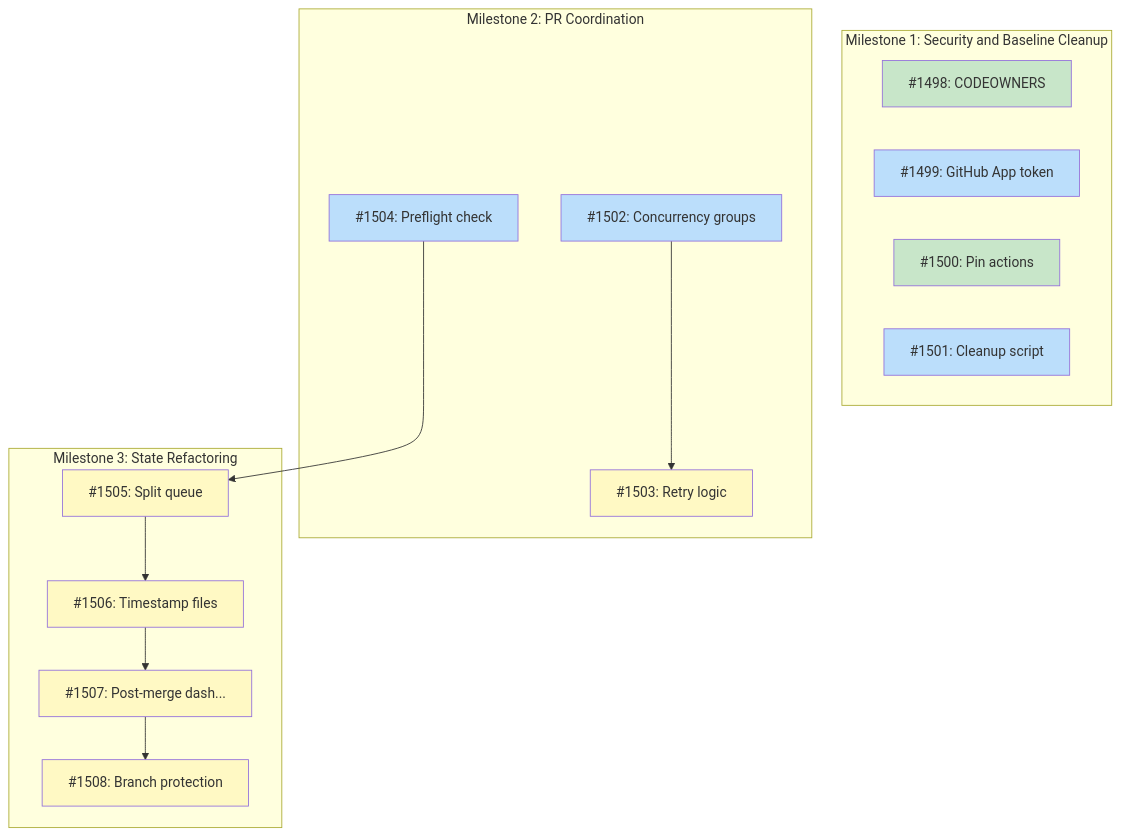
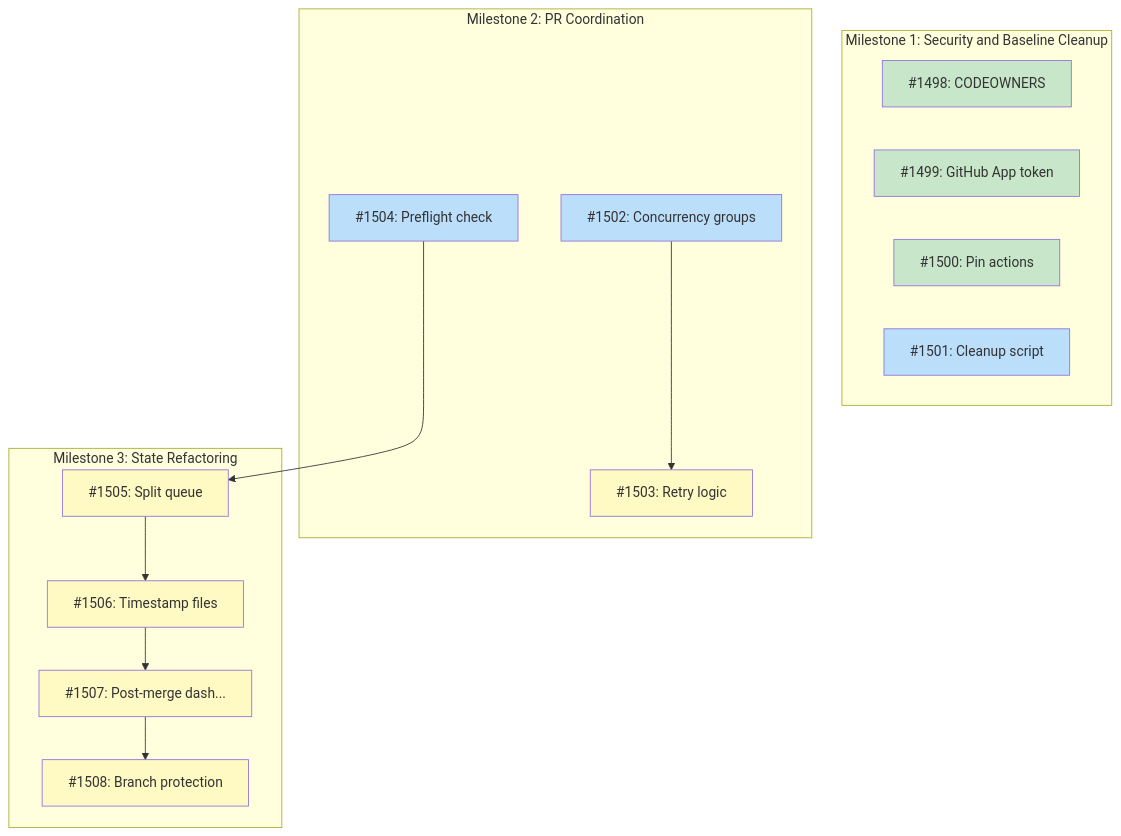
Before and after one commit to tsukumogami/tsuku: the diagram in docs/designs/DESIGN-batch-pr-coordination.md, drawn with Mermaid. The commit also changed other lines of this file, not shown here.

Commit message:
docs(design): mark issue #1499 as complete
Updates DESIGN-batch-pr-coordination.md to reflect completion of
GitHub App token migration:
- Strikethrough issue #1499 in Implementation Issues table
- Update dependency graph: move I1499 from ready to done class

Phase 0 (Security Hardening) is now fully complete:
- #1498 CODEOWNERS ✓
- #1499 GitHub App token ✓
- #1500 Pin actions ✓

````diff
--- a/docs/designs/DESIGN-batch-pr-coordination.md
+++ b/docs/designs/DESIGN-batch-pr-coordination.md
@@ -80,37 +80,37 @@
 ```mermaid
 graph TD
     subgraph M1["Milestone 1: Security and Baseline Cleanup"]
         I1498["#1498: CODEOWNERS"]
         I1499["#1499: GitHub App token"]
         I1500["#1500: Pin actions"]
         I1501["#1501: Cleanup script"]
     end
 
     subgraph M2["Milestone 2: PR Coordination"]
         I1502["#1502: Concurrency groups"]
         I1503["#1503: Retry logic"]
         I1504["#1504: Preflight check"]
     end
 
     subgraph M3["Milestone 3: State Refactoring"]
         I1505["#1505: Split queue"]
         I1506["#1506: Timestamp files"]
         I1507["#1507: Post-merge dash..."]
         I1508["#1508: Branch protection"]
     end
 
     I1502 --> I1503
     I1504 --> I1505
     I1505 --> I1506
     I1506 --> I1507
     I1507 --> I1508
 
     classDef done fill:#c8e6c9
     classDef ready fill:#bbdefb
     classDef blocked fill:#fff9c4
     classDef needsDesign fill:#e1bee7
 
-    class I1498,I1500 done
-    class I1499,I1501,I1502,I1504 ready
+    class I1498,I1499,I1500 done
+    class I1501,I1502,I1504 ready
     class I1503,I1505,I1506,I1507,I1508 blocked
 ```
````
